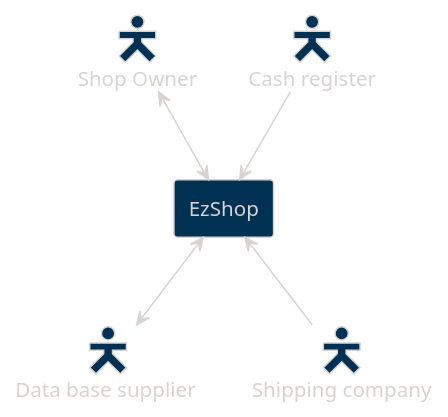
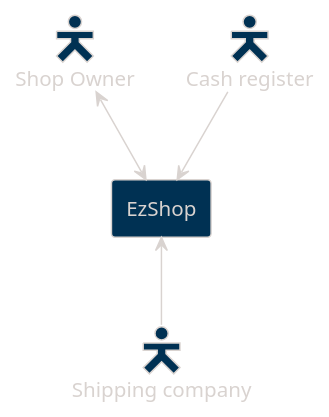
One commit to Giuseppeclv008/Project changed the first of 2 diagrams in Requirements.md. Above: the diagram before and after it, drawn with PlantUML. The commit also changed other lines of this file, not shown here.

Commit message:
Remove Data base supplier actor
Removed 'Data base supplier' actor and its interface.

````diff
--- a/Requirements.md
+++ b/Requirements.md
@@ -87,16 +87,14 @@
 ```plantuml
 !theme blueprint
 skinparam backgroundColor transparent
 
 skinparam actorStyle hollow
 rectangle "EzShop" as system
 actor "Shop Owner" as shopManager
 actor "Cash register" as register
-actor "Data base supplier " as db
 actor "Shipping company" as shipping
 
 shopManager <--> system
 register --> system
-system <--> db
 system <-- shipping
 ```
````
